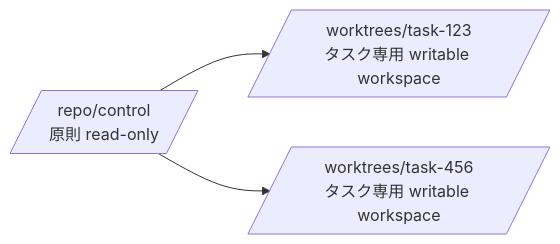
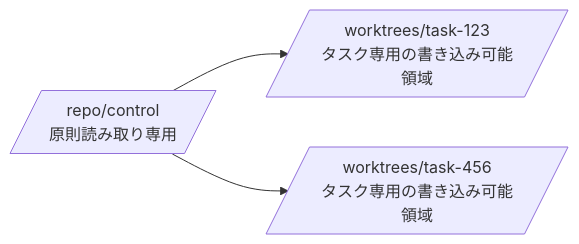
The third of 3 diagrams in docs/ja/01-architecture.md (tomo-chan/agent-harness), drawn with Mermaid before and after one commit. The commit also changed other lines of this file and 10 other files, not shown here.

````diff
--- a/docs/ja/01-architecture.md
+++ b/docs/ja/01-architecture.md
@@ -69,5 +82,5 @@
 ```mermaid
 flowchart LR
-    C[/repo/control<br/>原則 read-only/] --> T1[/worktrees/task-123<br/>タスク専用 writable workspace/]
-    C --> T2[/worktrees/task-456<br/>タスク専用 writable workspace/]
+    C[/repo/control<br/>原則読み取り専用/] --> T1[/worktrees/task-123<br/>タスク専用の書き込み可能領域/]
+    C --> T2[/worktrees/task-456<br/>タスク専用の書き込み可能領域/]
 ```
````
